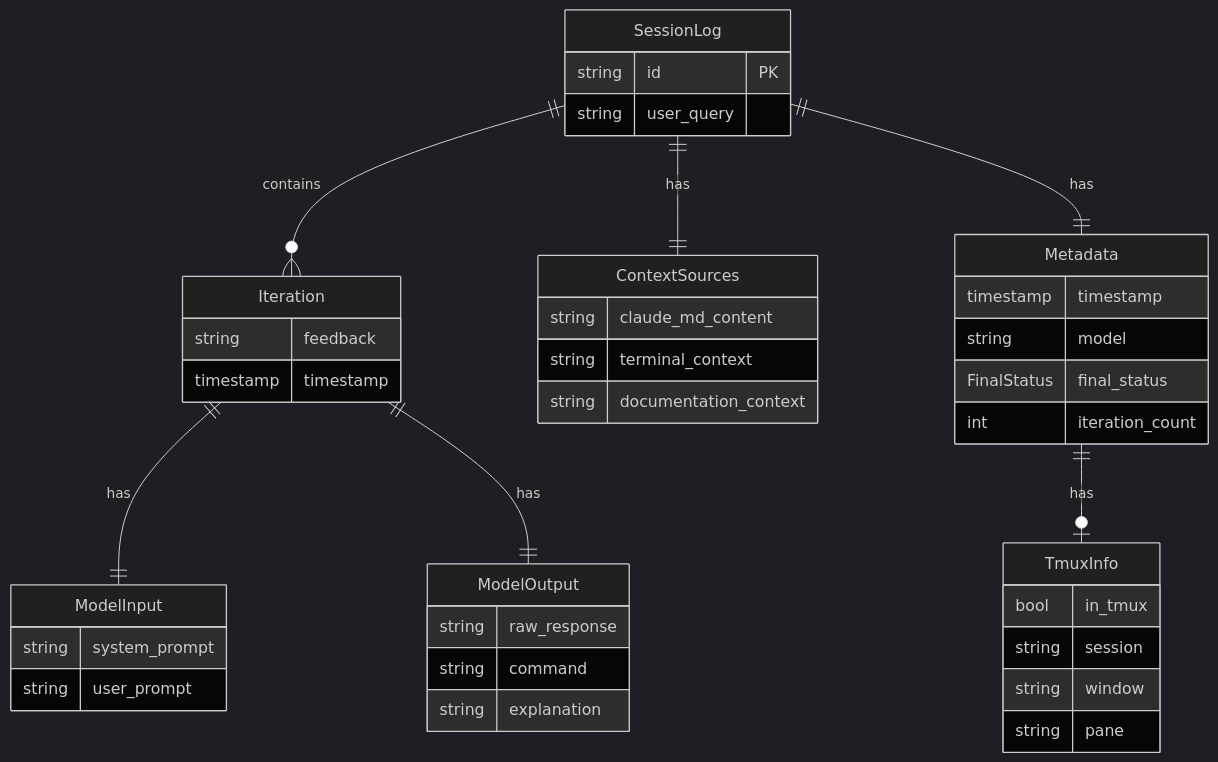
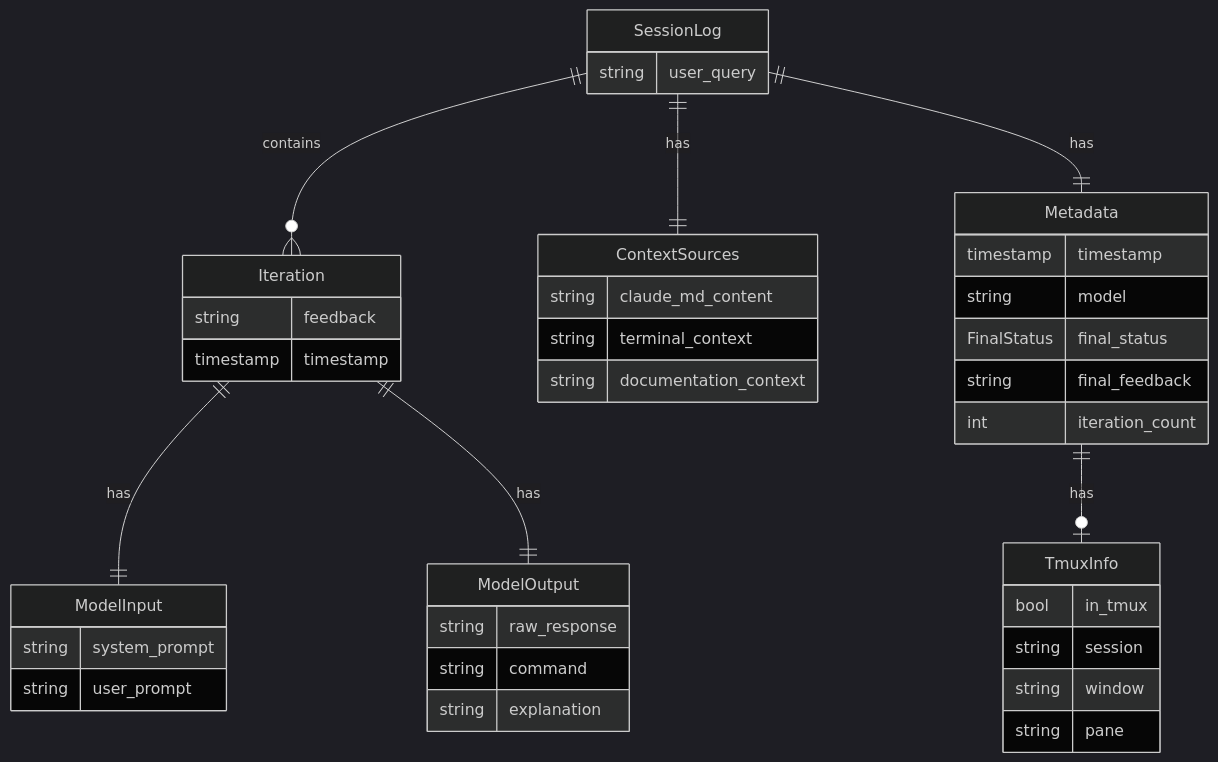
The diagram in codemaps/data-model.md (jerryjluo/command-generator), drawn with Mermaid (dark theme) before and after one commit. The commit also changed other lines of this file and 6 other files, not shown here.

````diff
--- a/codemaps/data-model.md
+++ b/codemaps/data-model.md
@@ -7,50 +7,50 @@
 ```mermaid
 erDiagram
     SessionLog ||--o{ Iteration : contains
     SessionLog ||--|| ContextSources : has
     SessionLog ||--|| Metadata : has
     Iteration ||--|| ModelInput : has
     Iteration ||--|| ModelOutput : has
     Metadata ||--o| TmuxInfo : has
 
     SessionLog {
-        string id PK
         string user_query
     }
 
     ContextSources {
         string claude_md_content
         string terminal_context
         string documentation_context
     }
 
     Metadata {
         timestamp timestamp
         string model
         FinalStatus final_status
+        string final_feedback
         int iteration_count
     }
 
     Iteration {
         string feedback
         timestamp timestamp
     }
 
     ModelInput {
         string system_prompt
         string user_prompt
     }
 
     ModelOutput {
         string raw_response
         string command
         string explanation
     }
 
     TmuxInfo {
         bool in_tmux
         string session
         string window
         string pane
     }
 ```
````
